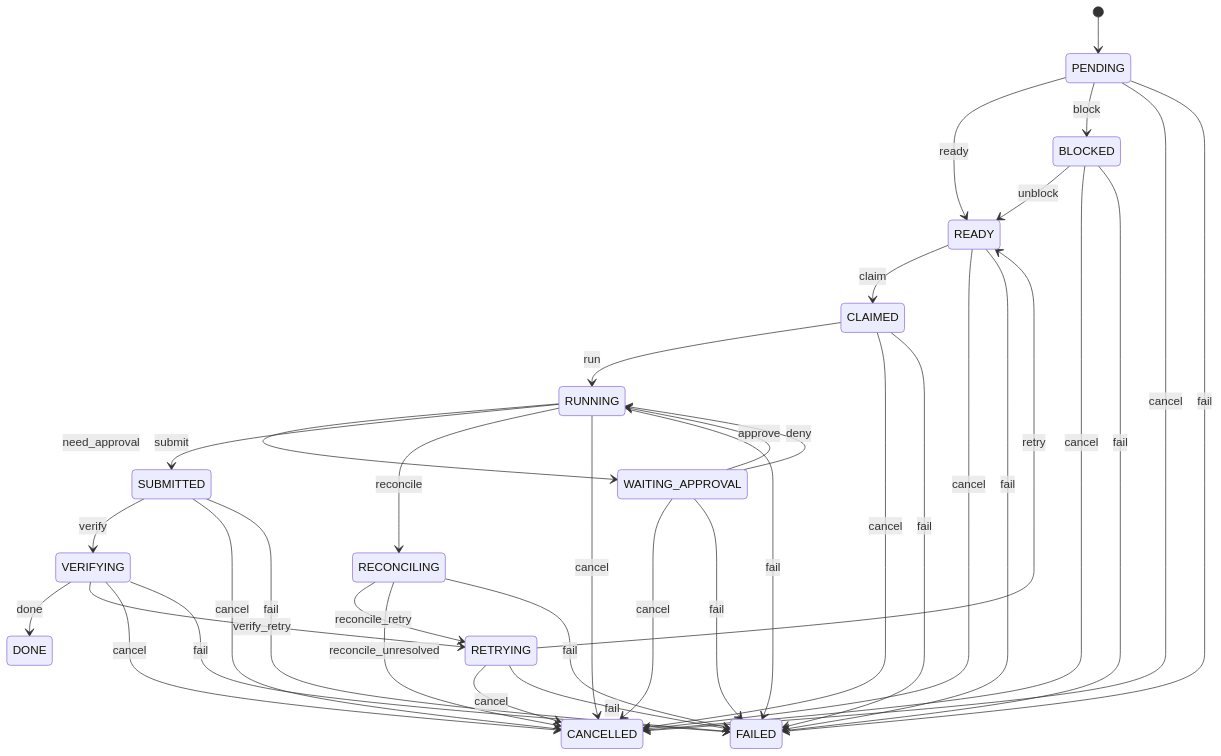
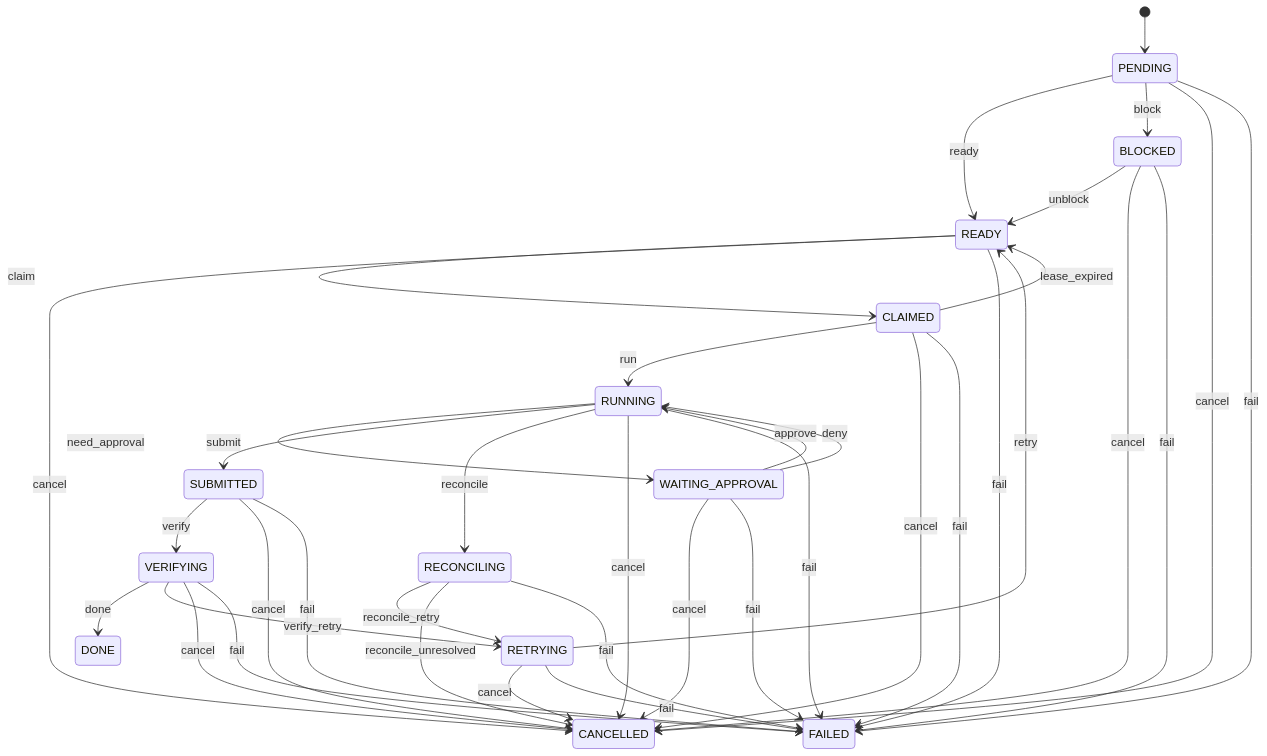
Before and after one commit to xiaofan1235/snag: the diagram in internal/control/job_states.md, drawn with Mermaid. The commit also changed other lines of this file and 6 other files, not shown here.

````diff
--- a/internal/control/job_states.md
+++ b/internal/control/job_states.md
@@ -9,39 +9,40 @@
 ```mermaid
 stateDiagram-v2
     [*] --> PENDING
     PENDING --> READY: ready
     PENDING --> BLOCKED: block
     BLOCKED --> READY: unblock
     READY --> CLAIMED: claim
     CLAIMED --> RUNNING: run
+    CLAIMED --> READY: lease_expired
     RUNNING --> WAITING_APPROVAL: need_approval
     WAITING_APPROVAL --> RUNNING: approve
     WAITING_APPROVAL --> RUNNING: deny
     RUNNING --> SUBMITTED: submit
     SUBMITTED --> VERIFYING: verify
     VERIFYING --> DONE: done
     VERIFYING --> RETRYING: verify_retry
     RETRYING --> READY: retry
     RUNNING --> RECONCILING: reconcile
     RECONCILING --> RETRYING: reconcile_retry
     RECONCILING --> CANCELLED: reconcile_unresolved
     PENDING --> CANCELLED: cancel
     BLOCKED --> CANCELLED: cancel
     READY --> CANCELLED: cancel
     CLAIMED --> CANCELLED: cancel
     RUNNING --> CANCELLED: cancel
     WAITING_APPROVAL --> CANCELLED: cancel
     SUBMITTED --> CANCELLED: cancel
     VERIFYING --> CANCELLED: cancel
     RETRYING --> CANCELLED: cancel
     PENDING --> FAILED: fail
     BLOCKED --> FAILED: fail
     READY --> FAILED: fail
     CLAIMED --> FAILED: fail
     RUNNING --> FAILED: fail
     RECONCILING --> FAILED: fail
     WAITING_APPROVAL --> FAILED: fail
     SUBMITTED --> FAILED: fail
     VERIFYING --> FAILED: fail
     RETRYING --> FAILED: fail
 ```
````
